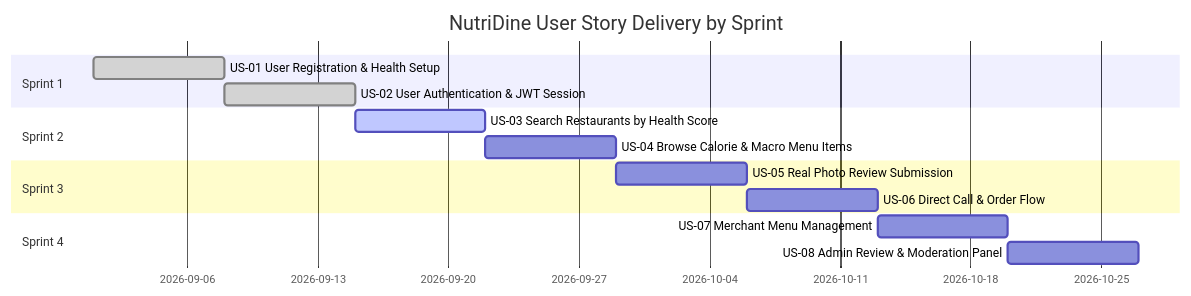
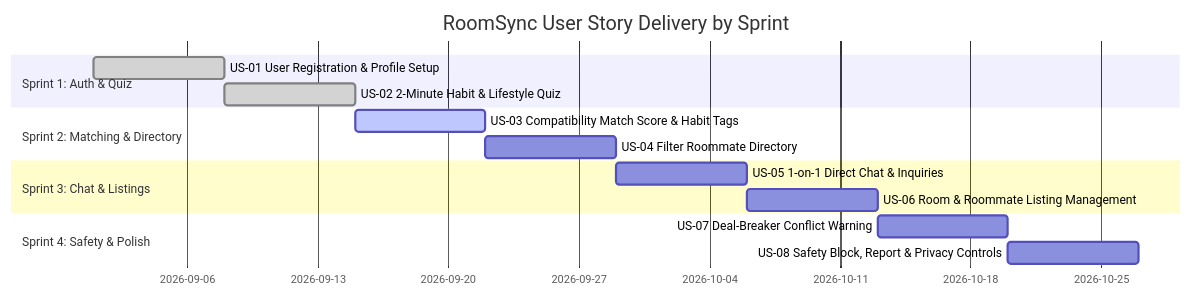
One commit to Tyzon22/agile-software-development changed the diagram in docs/acceptance-criteria.md. Above: the diagram before and after it, drawn with Mermaid. The commit also changed other lines of this file and 5 other files, not shown here.

Commit message:
docs: add Project Charter, SRS, Acceptance Criteria, and Database Design for Behavior-Based Roommate Matching Web App

````diff
--- a/docs/acceptance-criteria.md
+++ b/docs/acceptance-criteria.md
@@ -34,17 +34,17 @@
 ```mermaid
 gantt
-    title NutriDine User Story Delivery by Sprint
+    title RoomSync User Story Delivery by Sprint
     dateFormat  YYYY-MM-DD
-    section Sprint 1
-    US-01 User Registration & Health Setup   :done, s1_1, 2026-09-01, 7d
-    US-02 User Authentication & JWT Session  :done, s1_2, after s1_1, 7d
-    section Sprint 2
-    US-03 Search Restaurants by Health Score :active, s2_1, 2026-09-15, 7d
-    US-04 Browse Calorie & Macro Menu Items  :s2_2, after s2_1, 7d
-    section Sprint 3
-    US-05 Real Photo Review Submission       :s3_1, 2026-09-29, 7d
-    US-06 Direct Call & Order Flow          :s3_2, after s3_1, 7d
-    section Sprint 4
-    US-07 Merchant Menu Management           :s4_1, 2026-10-13, 7d
-    US-08 Admin Review & Moderation Panel    :s4_2, after s4_1, 7d
+    section Sprint 1: Auth & Quiz
+    US-01 User Registration & Profile Setup       :done, s1_1, 2026-09-01, 7d
+    US-02 2-Minute Habit & Lifestyle Quiz         :done, s1_2, after s1_1, 7d
+    section Sprint 2: Matching & Directory
+    US-03 Compatibility Match Score & Habit Tags  :active, s2_1, 2026-09-15, 7d
+    US-04 Filter Roommate Directory               :s2_2, after s2_1, 7d
+    section Sprint 3: Chat & Listings
+    US-05 1-on-1 Direct Chat & Inquiries          :s3_1, 2026-09-29, 7d
+    US-06 Room & Roommate Listing Management      :s3_2, after s3_1, 7d
+    section Sprint 4: Safety & Polish
+    US-07 Deal-Breaker Conflict Warning           :s4_1, 2026-10-13, 7d
+    US-08 Safety Block, Report & Privacy Controls :s4_2, after s4_1, 7d
 ```
````
